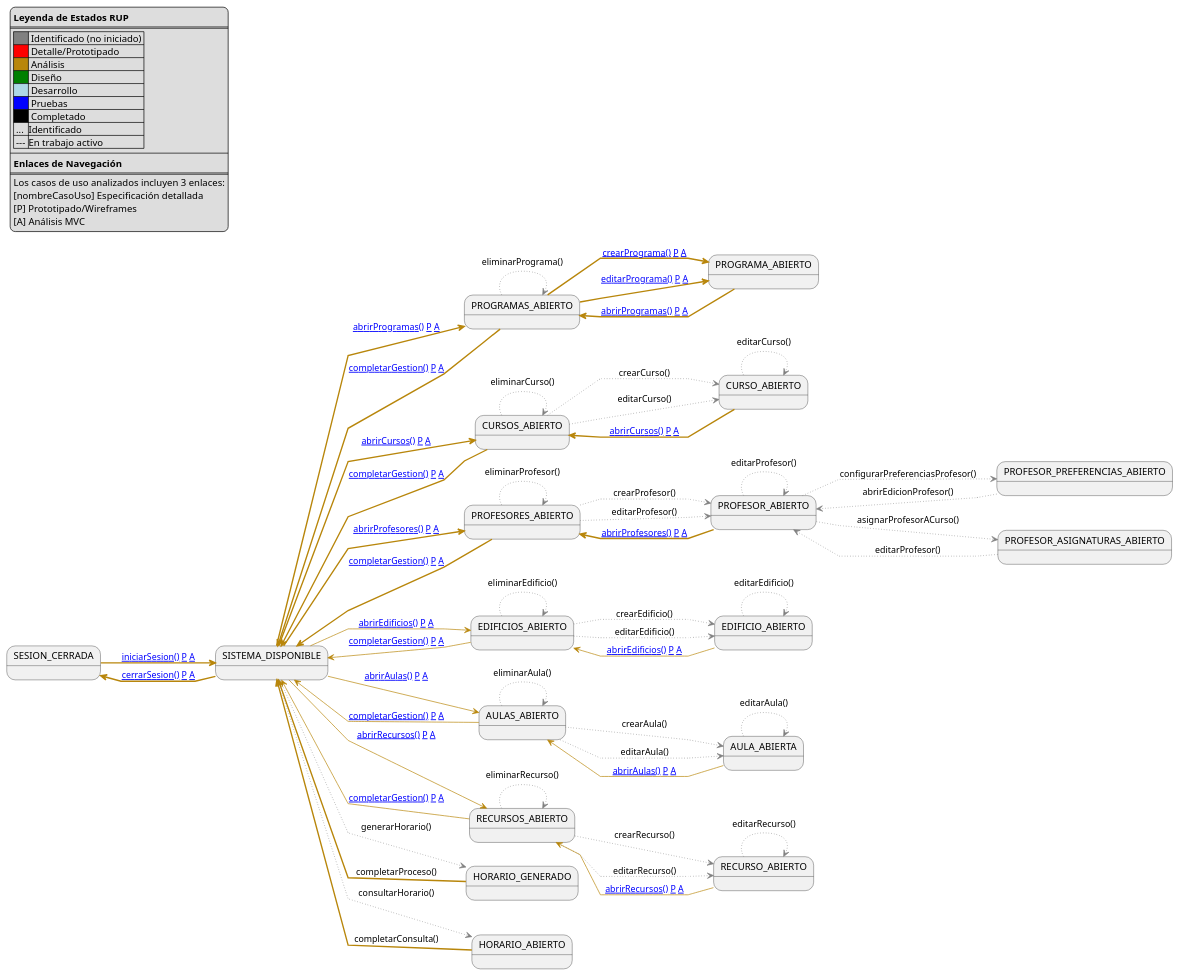
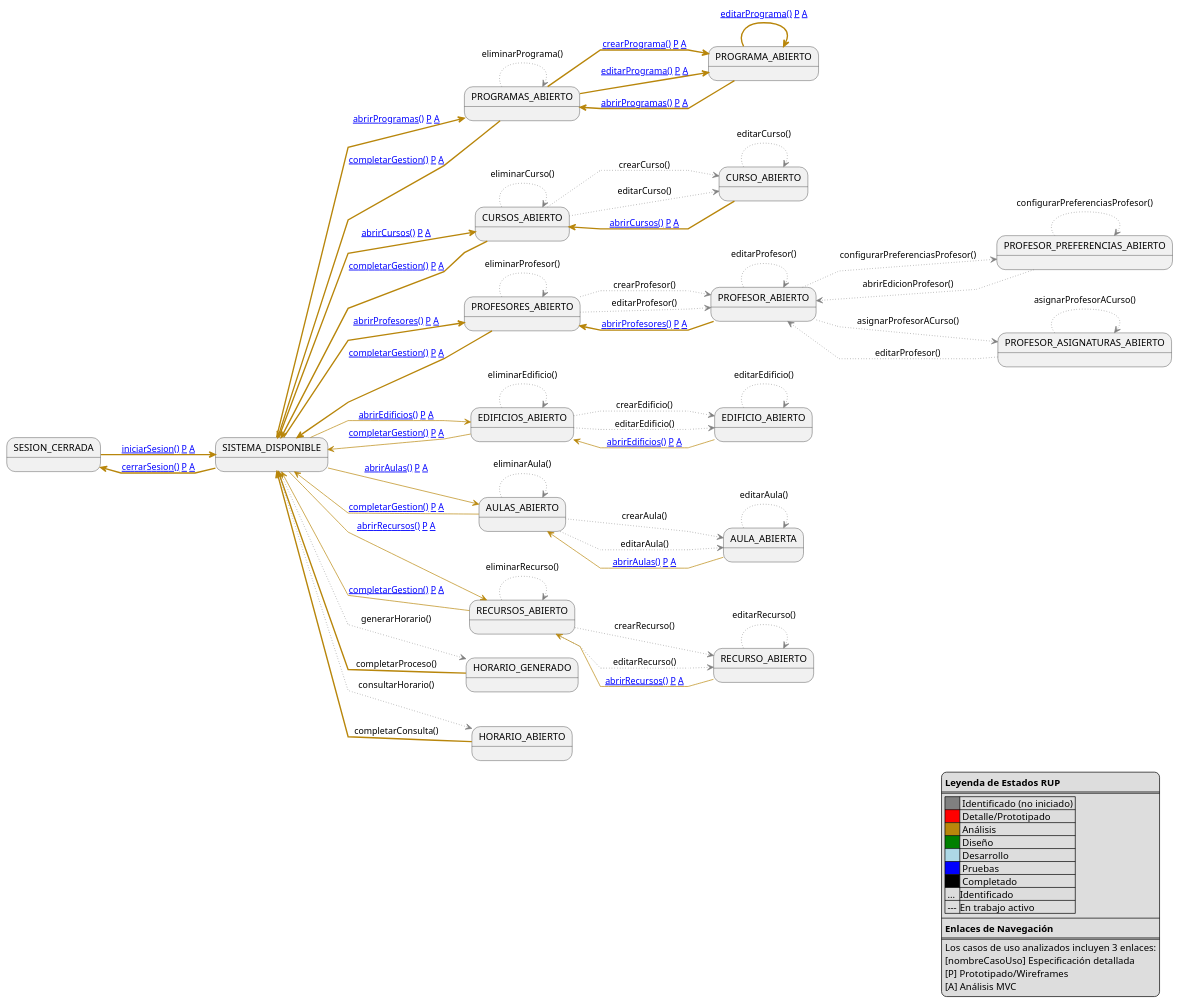
Before and after one commit to Hexcss/scheduler: the diagram in RUP/99-seguimiento/diagrama-contexto-administrador.puml, drawn with PlantUML. The commit also changed 6 other files, not shown here.

Commit message:
docs(editarPrograma): actualizar postcondiciones y opciones de navegación

```diff
--- a/RUP/99-seguimiento/diagrama-contexto-administrador.puml
+++ b/RUP/99-seguimiento/diagrama-contexto-administrador.puml
@@ -1,102 +1,105 @@
 @startuml diagrama-contexto-administrador
 
 left to right direction
 skinparam linetype polyline
 
-legend top left
+legend bottom right
     **Leyenda de Estados RUP**
     ====
     |<#gray>     | Identificado (no iniciado) |
     |<#red>      | Detalle/Prototipado |
     |<#darkgoldenrod>| Análisis |
     |<#green>    | Diseño |
     |<#lightblue>| Desarrollo |
     |<#blue>     | Pruebas |
     |<#black>    | Completado |
     | ... |Identificado|
     | --- |En trabajo activo|
     ----
     **Enlaces de Navegación**
     ====
     Los casos de uso analizados incluyen 3 enlaces:
     [nombreCasoUso] Especificación detallada
     [P] Prototipado/Wireframes  
     [A] Análisis MVC
 end legend
 
 state "SESION_CERRADA" as NoAuth
 state "SISTEMA_DISPONIBLE" as Menu
 
 state "PROGRAMAS_ABIERTO" as ListProgramas
 state "PROGRAMA_ABIERTO" as EditPrograma
 state "CURSOS_ABIERTO" as ListCursos
 state "CURSO_ABIERTO" as EditCurso
 state "PROFESORES_ABIERTO" as ListProfesores
 state "PROFESOR_ABIERTO" as EditProfesor
 state "PROFESOR_PREFERENCIAS_ABIERTO" as EditProfesorPreferencias
 state "EDIFICIOS_ABIERTO" as ListEdificios
 state "EDIFICIO_ABIERTO" as EditEdificio
 state "AULAS_ABIERTO" as ListAulas
 state "AULA_ABIERTA" as EditAula
 state "RECURSOS_ABIERTO" as ListRecursos
 state "RECURSO_ABIERTO" as EditRecurso
 
 state "PROFESOR_ASIGNATURAS_ABIERTO" as Asignaciones
 state "HORARIO_GENERADO" as Generacion
 state "HORARIO_ABIERTO" as Consulta
 
 NoAuth -[#darkgoldenrod,thickness=2]-> Menu: [[https://github.com/mmasias/pySigHor/blob/main/RUP/00-casos-uso/02-detalle/iniciarSesion/README.md iniciarSesion()]] [[https://github.com/mmasias/pySigHor/blob/main/RUP/00-casos-uso/02-detalle/iniciarSesion/prototipo.puml P]] [[https://github.com/mmasias/pySigHor/blob/main/RUP/01-analisis/casos-uso/iniciarSesion/README.md A]]
 
 Menu -[#darkgoldenrod,thickness=2]-> NoAuth: [[https://github.com/mmasias/pySigHor/blob/main/RUP/00-casos-uso/02-detalle/cerrarSesion/README.md cerrarSesion()]] [[https://github.com/mmasias/pySigHor/blob/main/RUP/00-casos-uso/02-detalle/cerrarSesion/prototipo.puml P]] [[https://github.com/mmasias/pySigHor/blob/main/RUP/01-analisis/casos-uso/cerrarSesion/README.md A]]
 Menu -[#darkgoldenrod,thickness=2]-> ListProgramas: [[https://github.com/mmasias/pySigHor/blob/main/RUP/00-casos-uso/02-detalle/abrirProgramas/README.md abrirProgramas()]] [[https://github.com/mmasias/pySigHor/blob/main/RUP/00-casos-uso/02-detalle/abrirProgramas/prototipo.puml P]] [[https://github.com/mmasias/pySigHor/blob/main/RUP/01-analisis/casos-uso/abrirProgramas/README.md A]]
 Menu -[#darkgoldenrod,thickness=2]-> ListCursos: [[https://github.com/mmasias/pySigHor/blob/main/RUP/00-casos-uso/02-detalle/abrirCursos/README.md abrirCursos()]] [[https://github.com/mmasias/pySigHor/blob/main/RUP/00-casos-uso/02-detalle/abrirCursos/prototipo.puml P]] [[https://github.com/mmasias/pySigHor/blob/main/RUP/01-analisis/casos-uso/abrirCursos/README.md A]]
 Menu -[#darkgoldenrod,thickness=2]-> ListProfesores: [[https://github.com/mmasias/pySigHor/blob/main/RUP/00-casos-uso/02-detalle/abrirProfesores/README.md abrirProfesores()]] [[https://github.com/mmasias/pySigHor/blob/main/RUP/00-casos-uso/02-detalle/abrirProfesores/prototipo.puml P]] [[https://github.com/mmasias/pySigHor/blob/main/RUP/01-analisis/casos-uso/abrirProfesores/README.md A]]
 Menu -[#darkgoldenrod]-> ListEdificios: [[https://github.com/mmasias/pySigHor/blob/main/RUP/00-casos-uso/02-detalle/abrirEdificios/README.md abrirEdificios()]] [[https://github.com/mmasias/pySigHor/blob/main/RUP/00-casos-uso/02-detalle/abrirEdificios/prototipo.puml P]] [[https://github.com/mmasias/pySigHor/blob/main/RUP/01-analisis/casos-uso/abrirEdificios/README.md A]]
 Menu -[#darkgoldenrod]-> ListAulas: [[https://github.com/mmasias/pySigHor/blob/main/RUP/00-casos-uso/02-detalle/abrirAulas/README.md abrirAulas()]] [[https://github.com/mmasias/pySigHor/blob/main/RUP/00-casos-uso/02-detalle/abrirAulas/prototipo.puml P]] [[https://github.com/mmasias/pySigHor/blob/main/RUP/01-analisis/casos-uso/abrirAulas/README.md A]]
 Menu -[#darkgoldenrod]-> ListRecursos: [[https://github.com/mmasias/pySigHor/blob/main/RUP/00-casos-uso/02-detalle/abrirRecursos/README.md abrirRecursos()]] [[https://github.com/mmasias/pySigHor/blob/main/RUP/00-casos-uso/02-detalle/abrirRecursos/prototipo.puml P]] [[https://github.com/mmasias/pySigHor/blob/main/RUP/01-analisis/casos-uso/abrirRecursos/README.md A]]
 Menu -[#gray,dotted]-> Generacion: generarHorario()
 Menu -[#gray,dotted]-> Consulta: consultarHorario()
 
 EditProfesor -[#gray,dotted]-> Asignaciones: asignarProfesorACurso()
 
+Asignaciones -[#gray,dotted]-> Asignaciones: asignarProfesorACurso()
 Asignaciones -[#gray,dotted]-> EditProfesor: editarProfesor()
 ListProgramas -[#darkgoldenrod,thickness=2]-> EditPrograma: [[https://github.com/mmasias/pySigHor/blob/main/RUP/00-casos-uso/02-detalle/crearPrograma/README.md crearPrograma()]] [[https://github.com/mmasias/pySigHor/blob/main/RUP/00-casos-uso/02-detalle/crearPrograma/prototipo.puml P]] [[https://github.com/mmasias/pySigHor/blob/main/RUP/01-analisis/casos-uso/crearPrograma/README.md A]]
 ListProgramas -[#darkgoldenrod,thickness=2]-> EditPrograma: [[https://github.com/mmasias/pySigHor/blob/main/RUP/00-casos-uso/02-detalle/editarPrograma/README.md editarPrograma()]] [[https://github.com/mmasias/pySigHor/blob/main/RUP/00-casos-uso/02-detalle/editarPrograma/prototipo.puml P]] [[https://github.com/mmasias/pySigHor/blob/main/RUP/01-analisis/casos-uso/editarPrograma/README.md A]]
 ListProgramas -[#gray,dotted]-> ListProgramas: eliminarPrograma()
+EditPrograma -[#darkgoldenrod,thickness=2]-> EditPrograma: [[https://github.com/mmasias/pySigHor/blob/main/RUP/00-casos-uso/02-detalle/editarPrograma/README.md editarPrograma()]] [[https://github.com/mmasias/pySigHor/blob/main/RUP/00-casos-uso/02-detalle/editarPrograma/prototipo.puml P]] [[https://github.com/mmasias/pySigHor/blob/main/RUP/01-analisis/casos-uso/editarPrograma/README.md A]]
 EditPrograma -[#darkgoldenrod,thickness=2]-> ListProgramas: [[https://github.com/mmasias/pySigHor/blob/main/RUP/00-casos-uso/02-detalle/abrirProgramas/README.md abrirProgramas()]] [[https://github.com/mmasias/pySigHor/blob/main/RUP/00-casos-uso/02-detalle/abrirProgramas/prototipo.puml P]] [[https://github.com/mmasias/pySigHor/blob/main/RUP/01-analisis/casos-uso/abrirProgramas/README.md A]]
 ListCursos -[#gray,dotted]-> EditCurso: crearCurso()
 ListCursos -[#gray,dotted]-> EditCurso: editarCurso()
 ListCursos -[#gray,dotted]-> ListCursos: eliminarCurso()
 EditCurso -[#gray,dotted]-> EditCurso: editarCurso()
 EditCurso -[#darkgoldenrod,thickness=2]-> ListCursos: [[https://github.com/mmasias/pySigHor/blob/main/RUP/00-casos-uso/02-detalle/abrirCursos/README.md abrirCursos()]] [[https://github.com/mmasias/pySigHor/blob/main/RUP/00-casos-uso/02-detalle/abrirCursos/prototipo.puml P]] [[https://github.com/mmasias/pySigHor/blob/main/RUP/01-analisis/casos-uso/abrirCursos/README.md A]]
 ListProfesores -[#gray,dotted]-> EditProfesor: crearProfesor()
 ListProfesores -[#gray,dotted]-> EditProfesor: editarProfesor()
 ListProfesores -[#gray,dotted]-> ListProfesores: eliminarProfesor()
 EditProfesor -[#gray,dotted]-> EditProfesor: editarProfesor()
 EditProfesor -[#gray,dotted]-> EditProfesorPreferencias: configurarPreferenciasProfesor()
 EditProfesor -[#darkgoldenrod,thickness=2]-> ListProfesores: [[https://github.com/mmasias/pySigHor/blob/main/RUP/00-casos-uso/02-detalle/abrirProfesores/README.md abrirProfesores()]] [[https://github.com/mmasias/pySigHor/blob/main/RUP/00-casos-uso/02-detalle/abrirProfesores/prototipo.puml P]] [[https://github.com/mmasias/pySigHor/blob/main/RUP/01-analisis/casos-uso/abrirProfesores/README.md A]]
+EditProfesorPreferencias -[#gray,dotted]-> EditProfesorPreferencias: configurarPreferenciasProfesor()
 EditProfesorPreferencias -[#gray,dotted]-> EditProfesor: abrirEdicionProfesor()
 ListEdificios -[#gray,dotted]-> EditEdificio: crearEdificio()
 ListEdificios -[#gray,dotted]-> EditEdificio: editarEdificio()
 ListEdificios -[#gray,dotted]-> ListEdificios: eliminarEdificio()
 EditEdificio -[#gray,dotted]-> EditEdificio: editarEdificio()
 EditEdificio -[#darkgoldenrod]-> ListEdificios: [[https://github.com/mmasias/pySigHor/blob/main/RUP/00-casos-uso/02-detalle/abrirEdificios/README.md abrirEdificios()]] [[https://github.com/mmasias/pySigHor/blob/main/RUP/00-casos-uso/02-detalle/abrirEdificios/prototipo.puml P]] [[https://github.com/mmasias/pySigHor/blob/main/RUP/01-analisis/casos-uso/abrirEdificios/README.md A]]
 ListAulas -[#gray,dotted]-> EditAula: crearAula()
 ListAulas -[#gray,dotted]-> EditAula: editarAula()
 ListAulas -[#gray,dotted]-> ListAulas: eliminarAula()
 EditAula -[#gray,dotted]-> EditAula: editarAula()
 EditAula -[#darkgoldenrod]-> ListAulas: [[https://github.com/mmasias/pySigHor/blob/main/RUP/00-casos-uso/02-detalle/abrirAulas/README.md abrirAulas()]] [[https://github.com/mmasias/pySigHor/blob/main/RUP/00-casos-uso/02-detalle/abrirAulas/prototipo.puml P]] [[https://github.com/mmasias/pySigHor/blob/main/RUP/01-analisis/casos-uso/abrirAulas/README.md A]]
 ListRecursos -[#gray,dotted]-> EditRecurso: crearRecurso()
 ListRecursos -[#gray,dotted]-> EditRecurso: editarRecurso()
 ListRecursos -[#gray,dotted]-> ListRecursos: eliminarRecurso()
 EditRecurso -[#gray,dotted]-> EditRecurso: editarRecurso()
 EditRecurso -[#darkgoldenrod]-> ListRecursos: [[https://github.com/mmasias/pySigHor/blob/main/RUP/00-casos-uso/02-detalle/abrirRecursos/README.md abrirRecursos()]] [[https://github.com/mmasias/pySigHor/blob/main/RUP/00-casos-uso/02-detalle/abrirRecursos/prototipo.puml P]] [[https://github.com/mmasias/pySigHor/blob/main/RUP/01-analisis/casos-uso/abrirRecursos/README.md A]]
 ListProgramas -[#darkgoldenrod,thickness=2]-> Menu: [[https://github.com/mmasias/pySigHor/blob/main/RUP/00-casos-uso/02-detalle/completarGestion/README.md completarGestion()]] [[https://github.com/mmasias/pySigHor/blob/main/RUP/00-casos-uso/02-detalle/completarGestion/prototipo.puml P]] [[https://github.com/mmasias/pySigHor/blob/main/RUP/01-analisis/casos-uso/completarGestion/README.md A]]
 ListCursos -[#darkgoldenrod,thickness=2]-> Menu: [[https://github.com/mmasias/pySigHor/blob/main/RUP/00-casos-uso/02-detalle/completarGestion/README.md completarGestion()]] [[https://github.com/mmasias/pySigHor/blob/main/RUP/00-casos-uso/02-detalle/completarGestion/prototipo.puml P]] [[https://github.com/mmasias/pySigHor/blob/main/RUP/01-analisis/casos-uso/completarGestion/README.md A]]
 ListProfesores -[#darkgoldenrod,thickness=2]-> Menu: [[https://github.com/mmasias/pySigHor/blob/main/RUP/00-casos-uso/02-detalle/completarGestion/README.md completarGestion()]] [[https://github.com/mmasias/pySigHor/blob/main/RUP/00-casos-uso/02-detalle/completarGestion/prototipo.puml P]] [[https://github.com/mmasias/pySigHor/blob/main/RUP/01-analisis/casos-uso/completarGestion/README.md A]]
 ListEdificios -[#darkgoldenrod]-> Menu: [[https://github.com/mmasias/pySigHor/blob/main/RUP/00-casos-uso/02-detalle/completarGestion/README.md completarGestion()]] [[https://github.com/mmasias/pySigHor/blob/main/RUP/00-casos-uso/02-detalle/completarGestion/prototipo.puml P]] [[https://github.com/mmasias/pySigHor/blob/main/RUP/01-analisis/casos-uso/completarGestion/README.md A]]
 ListAulas -[#darkgoldenrod]-> Menu: [[https://github.com/mmasias/pySigHor/blob/main/RUP/00-casos-uso/02-detalle/completarGestion/README.md completarGestion()]] [[https://github.com/mmasias/pySigHor/blob/main/RUP/00-casos-uso/02-detalle/completarGestion/prototipo.puml P]] [[https://github.com/mmasias/pySigHor/blob/main/RUP/01-analisis/casos-uso/completarGestion/README.md A]]
 ListRecursos -[#darkgoldenrod]-> Menu: [[https://github.com/mmasias/pySigHor/blob/main/RUP/00-casos-uso/02-detalle/completarGestion/README.md completarGestion()]] [[https://github.com/mmasias/pySigHor/blob/main/RUP/00-casos-uso/02-detalle/completarGestion/prototipo.puml P]] [[https://github.com/mmasias/pySigHor/blob/main/RUP/01-analisis/casos-uso/completarGestion/README.md A]]
 Generacion -[#darkgoldenrod,thickness=2]-> Menu: completarProceso()
 Consulta -[#darkgoldenrod,thickness=2]-> Menu: completarConsulta()
 @enduml
```
